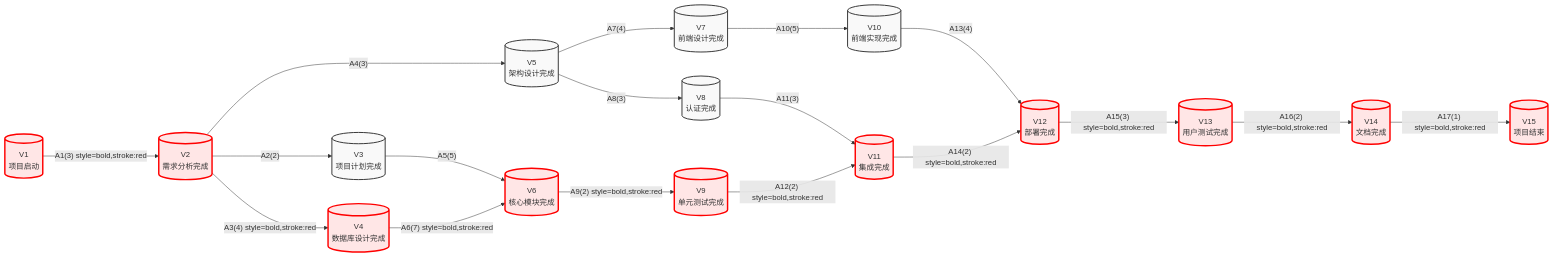
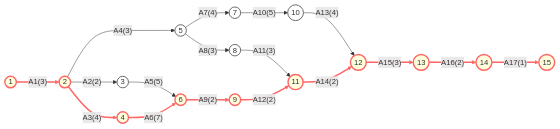
The diagram in 每周实验/lab4/项目活动图.md (jingxinglao/lab), drawn with Mermaid before and after one commit. The commit also changed other lines of this file, not shown here.

````diff
--- a/每周实验/lab4/项目活动图.md
+++ b/每周实验/lab4/项目活动图.md
@@ -25,44 +25,50 @@
 ```mermaid
-graph LR
-    V1[("V1\n项目启动")]
-    V2[("V2\n需求分析完成")]
-    V3[("V3\n项目计划完成")]
-    V4[("V4\n数据库设计完成")]
-    V5[("V5\n架构设计完成")]
-    V6[("V6\n核心模块完成")]
-    V7[("V7\n前端设计完成")]
-    V8[("V8\n认证完成")]
-    V9[("V9\n单元测试完成")]
-    V10[("V10\n前端实现完成")]
-    V11[("V11\n集成完成")]
-    V12[("V12\n部署完成")]
-    V13[("V13\n用户测试完成")]
-    V14[("V14\n文档完成")]
-    V15[("V15\n项目结束")]
+flowchart LR
+    %% 节点定义
+    V1((1))
+    V2((2))
+    V3((3))
+    V4((4))
+    V5((5))
+    V6((6))
+    V7((7))
+    V8((8))
+    V9((9))
+    V10((10))
+    V11((11))
+    V12((12))
+    V13((13))
+    V14((14))
+    V15((15))
 
-    %% 关键路径用红色粗线标注
-    V1 -->|"A1(3)" style=bold,stroke:red| V2
-    V2 -->|"A2(2)"| V3
-    V2 -->|"A3(4)" style=bold,stroke:red| V4
-    V2 -->|"A4(3)"| V5
-    V3 -->|"A5(5)"| V6
-    V4 -->|"A6(7)" style=bold,stroke:red| V6
-    V5 -->|"A7(4)"| V7
-    V5 -->|"A8(3)"| V8
-    V6 -->|"A9(2)" style=bold,stroke:red| V9
-    V7 -->|"A10(5)"| V10
-    V8 -->|"A11(3)"| V11
-    V9 -->|"A12(2)" style=bold,stroke:red| V11
-    V10 -->|"A13(4)"| V12
-    V11 -->|"A14(2)" style=bold,stroke:red| V12
-    V12 -->|"A15(3)" style=bold,stroke:red| V13
-    V13 -->|"A16(2)" style=bold,stroke:red| V14
-    V14 -->|"A17(1)" style=bold,stroke:red| V15
+    %% 节点样式
+    classDef default fill:#fff,stroke:#666,stroke-width:2px
+    classDef critical fill:#ffd,stroke:#f66,stroke-width:3px
 
-    %% 样式设置
-    classDef default fill:#f9f9f9,stroke:#333,stroke-width:2px;
-    classDef critical fill:#ffe6e6,stroke:#ff0000,stroke-width:3px;
-    
     %% 关键路径节点标红
-    class V1,V2,V4,V6,V9,V11,V12,V13,V14,V15 critical;
+    class V1,V2,V4,V6,V9,V11,V12,V13,V14,V15 critical
+
+    %% 连线定义 - 非关键路径
+    V2 -- "A2(2)" --> V3
+    V2 -- "A4(3)" --> V5
+    V3 -- "A5(5)" --> V6
+    V5 -- "A7(4)" --> V7
+    V5 -- "A8(3)" --> V8
+    V7 -- "A10(5)" --> V10
+    V8 -- "A11(3)" --> V11
+    V10 -- "A13(4)" --> V12
+
+    %% 连线定义 - 关键路径（红色）
+    V1 -- "A1(3)" --> V2
+    V2 -- "A3(4)" --> V4
+    V4 -- "A6(7)" --> V6
+    V6 -- "A9(2)" --> V9
+    V9 -- "A12(2)" --> V11
+    V11 -- "A14(2)" --> V12
+    V12 -- "A15(3)" --> V13
+    V13 -- "A16(2)" --> V14
+    V14 -- "A17(1)" --> V15
+
+    %% 关键路径连线样式
+    linkStyle 8,9,10,11,12,13,14,15,16 stroke:#f66,stroke-width:3px
 ```
````
